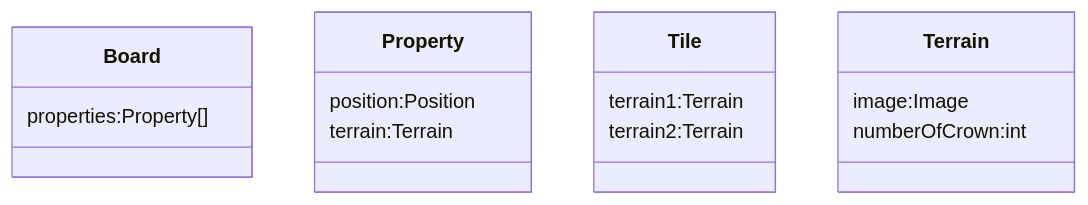
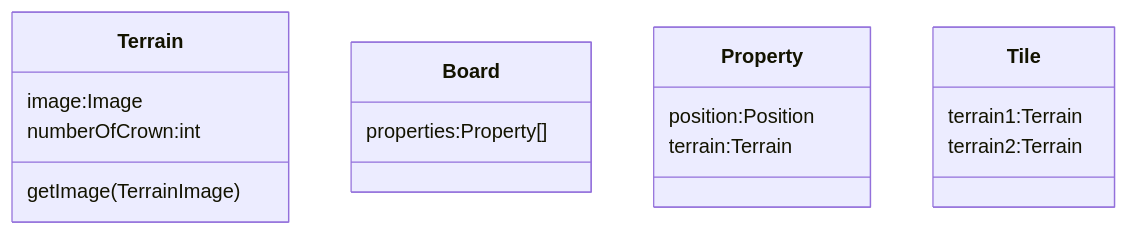
One commit to BowenMa25/javaAP changed the diagram in project1/doc/kingdomino.md. Above: the diagram before and after it, drawn with Mermaid. The commit also changed other lines of this file and 17 other files, not shown here.

````diff
--- a/project1/doc/kingdomino.md
+++ b/project1/doc/kingdomino.md
@@ -3,22 +4,22 @@
 ```mermaid
 classDiagram
+class Terrain{
+    image:Image
+    numberOfCrown:int
+    getImage(TerrainImage)
+}
+
 class Board{
 properties:Property[]
 }
 
 class Property {
 position:Position
 terrain:Terrain
 }
 
 class Tile{
 terrain1:Terrain
 terrain2:Terrain
 }
-
-class Terrain{
-    image:Image
-    numberOfCrown:int
-}
-
 ```
````
